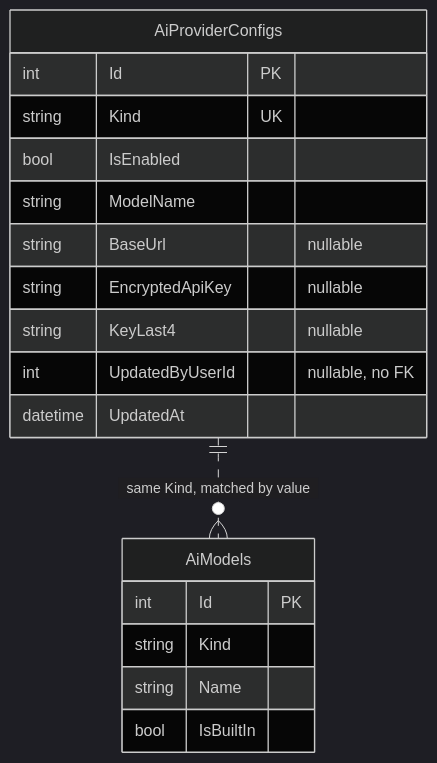
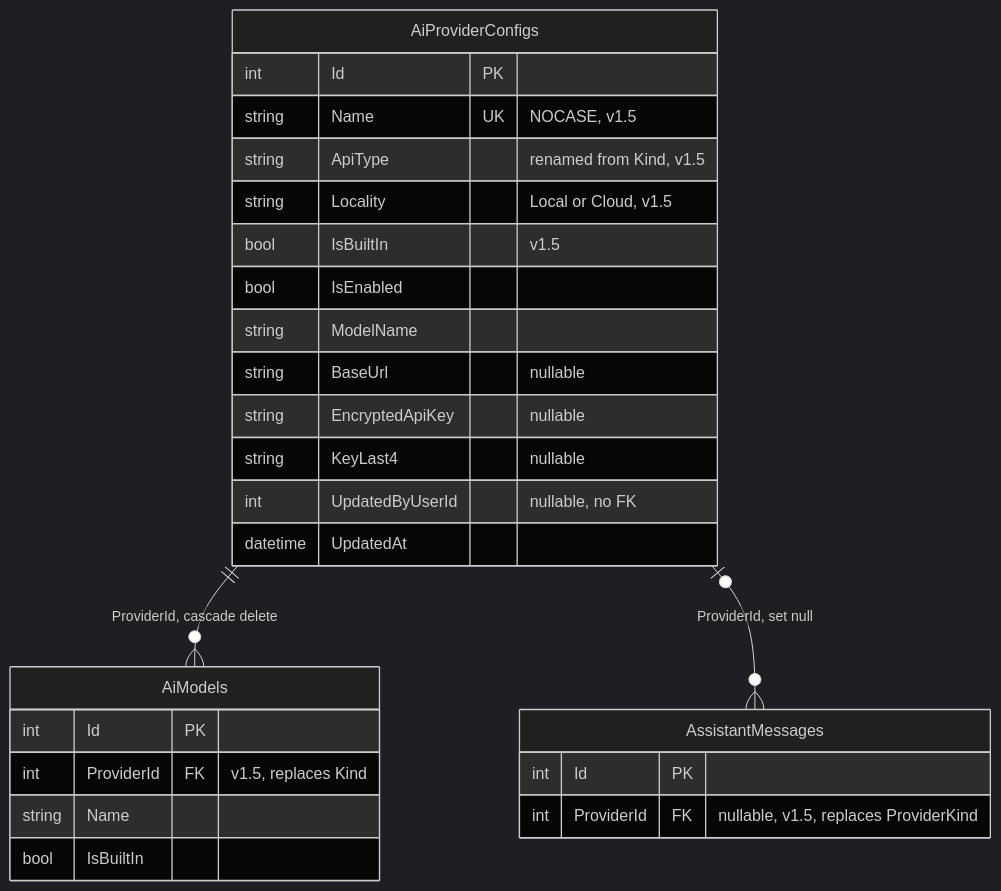
One commit to jojogeorge3344/TaskFlow-Project changed the sixth of 6 diagrams in TF - Documents/TF - LLD/06-Settings/06.3-TFA-Settings/LLD-TFA-Settings.md. Above: the diagram before and after it, drawn with Mermaid (dark theme). The commit also changed other lines of this file and 8 other files, not shown here.

````diff
--- a/TF - Documents/TF - LLD/06-Settings/06.3-TFA-Settings/LLD-TFA-Settings.md
+++ b/TF - Documents/TF - LLD/06-Settings/06.3-TFA-Settings/LLD-TFA-Settings.md
@@ -732,21 +927,29 @@
 ```mermaid
 erDiagram
   AiProviderConfigs {
     int Id PK
-    string Kind UK
+    string Name UK "NOCASE, v1.5"
+    string ApiType "renamed from Kind, v1.5"
+    string Locality "Local or Cloud, v1.5"
+    bool IsBuiltIn "v1.5"
     bool IsEnabled
     string ModelName
     string BaseUrl "nullable"
     string EncryptedApiKey "nullable"
     string KeyLast4 "nullable"
     int UpdatedByUserId "nullable, no FK"
     datetime UpdatedAt
   }
   AiModels {
     int Id PK
-    string Kind
+    int ProviderId FK "v1.5, replaces Kind"
     string Name
     bool IsBuiltIn
   }
-  AiProviderConfigs ||..o{ AiModels : "same Kind, matched by value"
+  AssistantMessages {
+    int Id PK
+    int ProviderId FK "nullable, v1.5, replaces ProviderKind"
+  }
+  AiProviderConfigs ||--o{ AiModels : "ProviderId, cascade delete"
+  AiProviderConfigs |o--o{ AssistantMessages : "ProviderId, set null"
 ```
````
